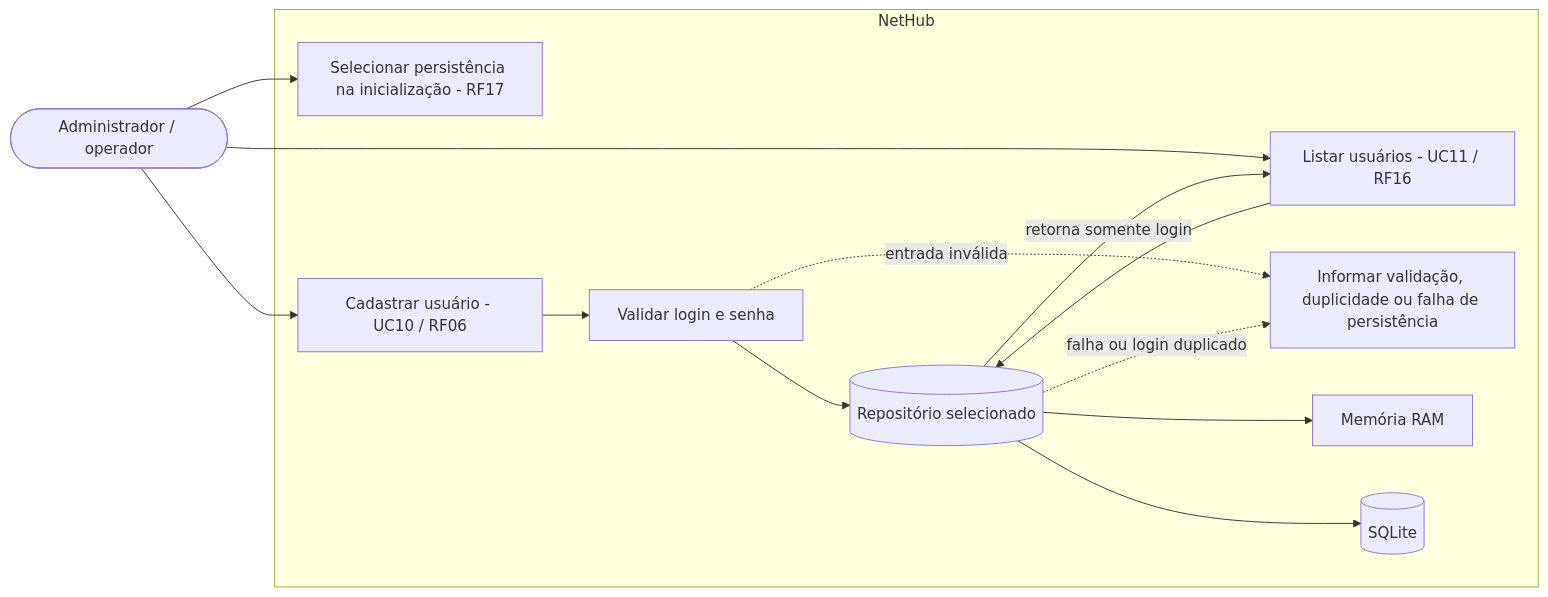
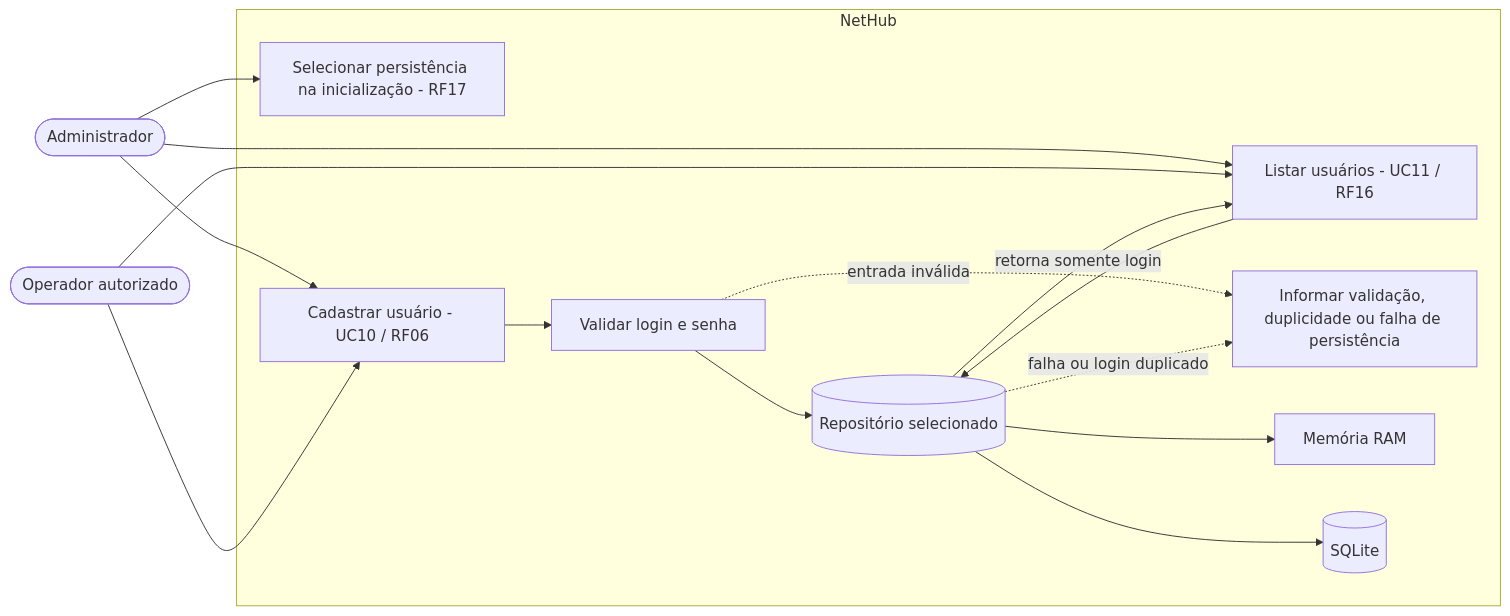
One commit to tupperwave/Projeto_MPS changed the diagram in docs/04-casos-de-uso/README.md. Above: the diagram before and after it, drawn with Mermaid. The commit also changed other lines of this file and 6 other files, not shown here.

````diff
--- a/docs/04-casos-de-uso/README.md
+++ b/docs/04-casos-de-uso/README.md
@@ -22,24 +22,27 @@
 ```mermaid
 flowchart LR
-    operador([Administrador / operador])
+    administrador([Administrador])
+    operador([Operador autorizado])
     subgraph nethub[NetHub]
         iniciar[Selecionar persistência na inicialização - RF17]
         cadastrar[Cadastrar usuário - UC10 / RF06]
         listar[Listar usuários - UC11 / RF16]
         validacao[Validar login e senha]
         erros[Informar validação, duplicidade ou falha de persistência]
         repo[(Repositório selecionado)]
         memoria[Memória RAM]
         sqlite[(SQLite)]
     end
-    operador --> iniciar
+    administrador --> iniciar
+    administrador --> cadastrar
+    administrador --> listar
     operador --> cadastrar
     operador --> listar
     cadastrar --> validacao --> repo
     listar --> repo
     repo --> memoria
     repo --> sqlite
     validacao -. entrada inválida .-> erros
     repo -. falha ou login duplicado .-> erros
     repo -->|retorna somente login| listar
 ```
````
